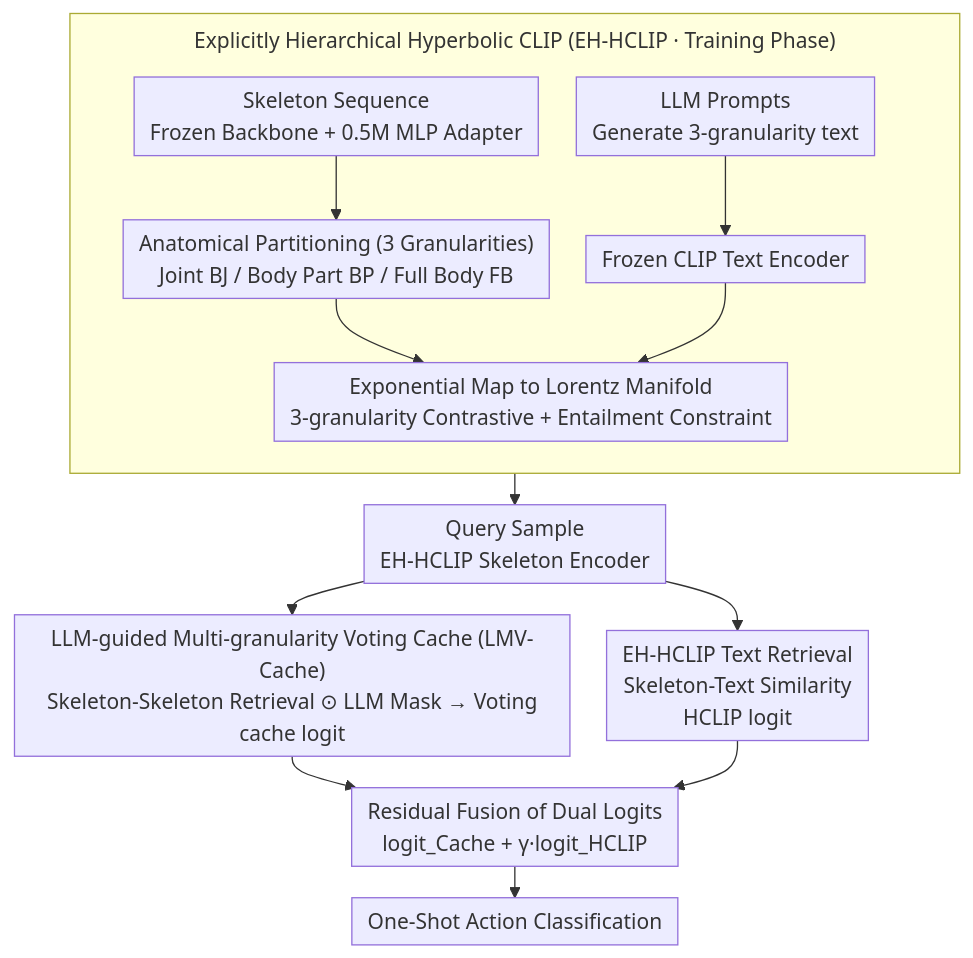
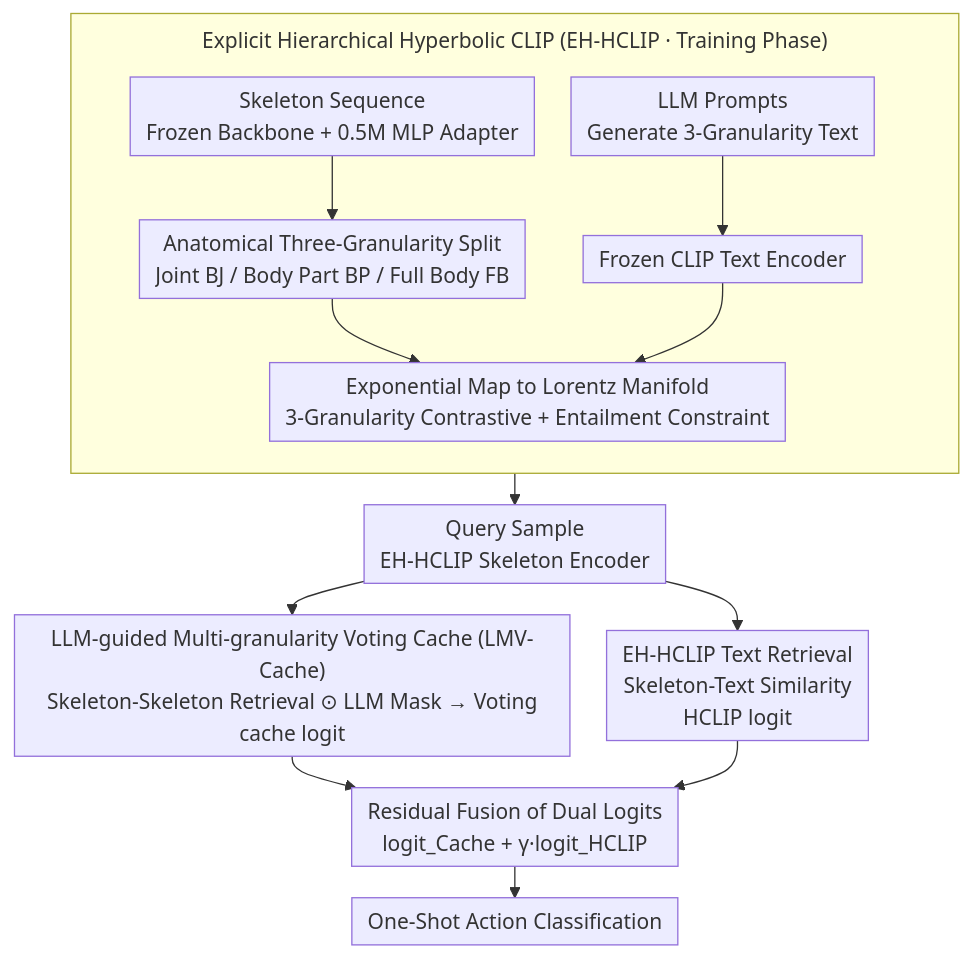
One commit to zhaoyang97/Paper-Notes-en changed the diagram in docs/ICML2026/video_understanding/skelhcc_a_hyperbolic_clip-driven_cache_adaptation_framework_for_skeleton-based_o.md. Above: the diagram before and after it, drawn with Mermaid. The commit also changed other lines of this file and 5084 other files, not shown here.

````diff
--- a/docs/ICML2026/video_understanding/skelhcc_a_hyperbolic_clip-driven_cache_adaptation_framework_for_skeleton-based_o.md
+++ b/docs/ICML2026/video_understanding/skelhcc_a_hyperbolic_clip-driven_cache_adaptation_framework_for_skeleton-based_o.md
@@ -46,17 +46,17 @@
 ```mermaid
 %%{init: {'flowchart': {'rankSpacing': 24, 'nodeSpacing': 28, 'padding': 6, 'wrappingWidth': 400, 'subGraphTitleMargin': {'top': 8, 'bottom': 16}}}}%%
 flowchart TD
-    subgraph TRAIN["Explicitly Hierarchical Hyperbolic CLIP (EH-HCLIP · Training Phase)"]
+    subgraph TRAIN["Explicit Hierarchical Hyperbolic CLIP (EH-HCLIP · Training Phase)"]
         direction TB
-        A["Skeleton Sequence<br/>Frozen Backbone + 0.5M MLP Adapter"] --> B["Anatomical Partitioning (3 Granularities)<br/>Joint BJ / Body Part BP / Full Body FB"]
-        T["LLM Prompts<br/>Generate 3-granularity text"] --> TC["Frozen CLIP Text Encoder"]
-        B --> H["Exponential Map to Lorentz Manifold<br/>3-granularity Contrastive + Entailment Constraint"]
+        A["Skeleton Sequence<br/>Frozen Backbone + 0.5M MLP Adapter"] --> B["Anatomical Three-Granularity Split<br/>Joint BJ / Body Part BP / Full Body FB"]
+        T["LLM Prompts<br/>Generate 3-Granularity Text"] --> TC["Frozen CLIP Text Encoder"]
+        B --> H["Exponential Map to Lorentz Manifold<br/>3-Granularity Contrastive + Entailment Constraint"]
         TC --> H
     end
     H --> Q["Query Sample<br/>EH-HCLIP Skeleton Encoder"]
     Q --> C1["LLM-guided Multi-granularity Voting Cache (LMV-Cache)<br/>Skeleton-Skeleton Retrieval ⊙ LLM Mask → Voting<br/>cache logit"]
     Q --> C2["EH-HCLIP Text Retrieval<br/>Skeleton-Text Similarity<br/>HCLIP logit"]
     C1 --> R["Residual Fusion of Dual Logits<br/>logit_Cache + γ·logit_HCLIP"]
     C2 --> R
     R --> O["One-Shot Action Classification"]
 ```
````
